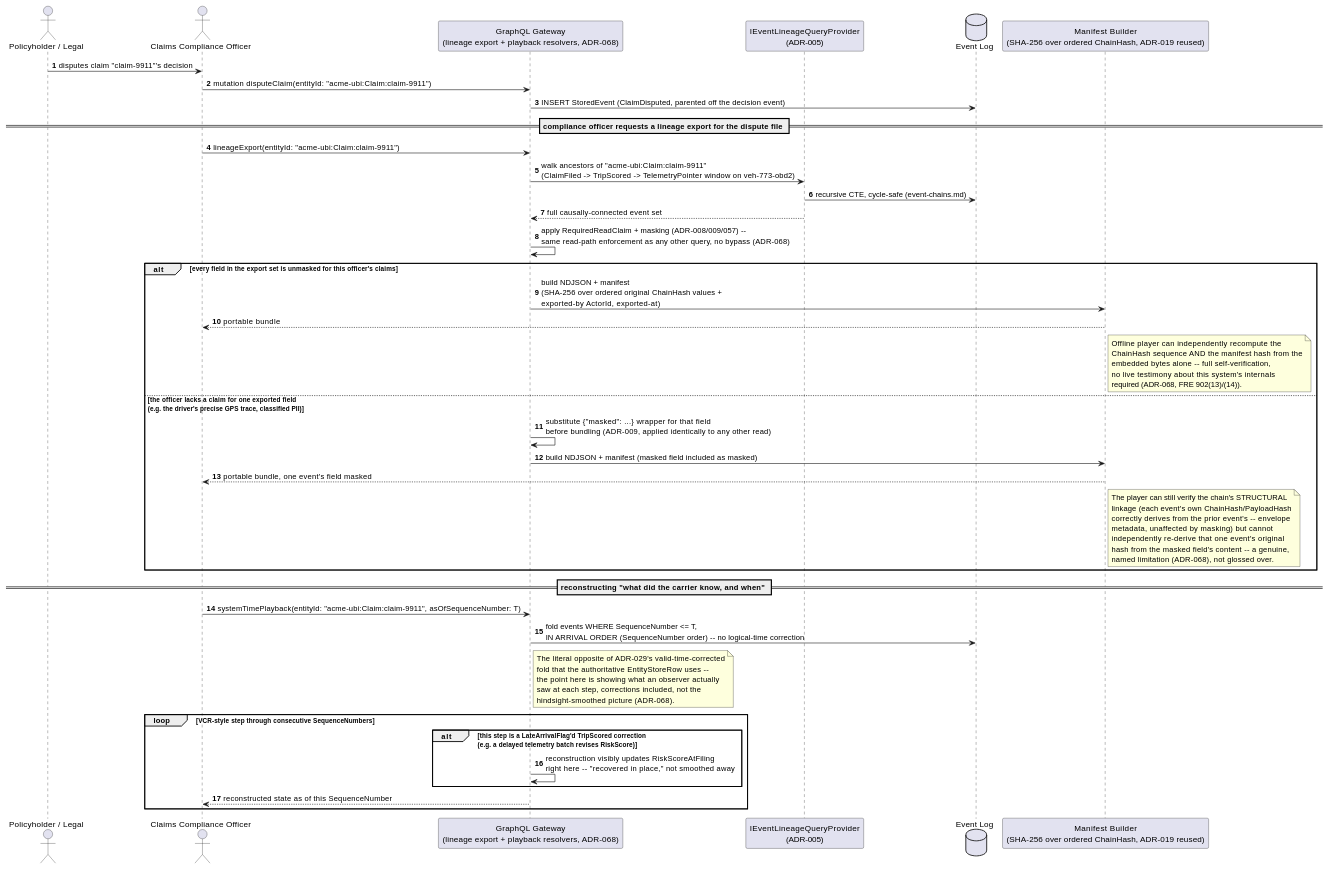
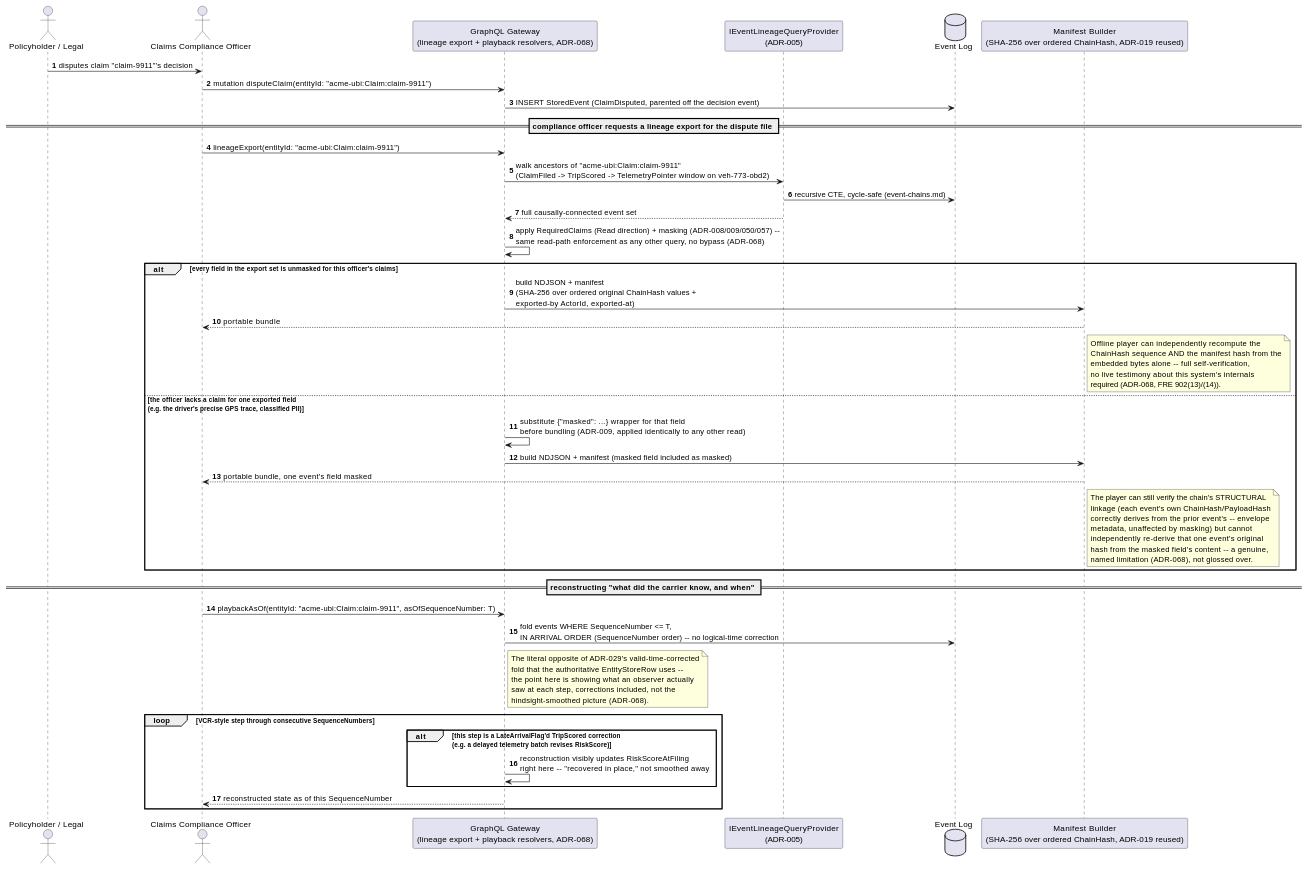
Before and after one commit to Mwwhited-BookLearning/EventSourcing: the second of 8 diagrams in docs/domains/insurance-telematics/features/usage-based-insurance-trip-scoring-and-claim.md, drawn with PlantUML. The commit also changed other lines of this file and 39 other files, not shown here.

````diff
--- a/docs/domains/insurance-telematics/features/usage-based-insurance-trip-scoring-and-claim.md
+++ b/docs/domains/insurance-telematics/features/usage-based-insurance-trip-scoring-and-claim.md
@@ -135,61 +135,61 @@
 ```plantuml
 @startuml UBI_Dispute_Export_Playback_Sequence
 autonumber
 actor "Policyholder / Legal" as legal
 actor "Claims Compliance Officer" as officer
 participant "GraphQL Gateway\n(lineage export + playback resolvers, ADR-068)" as gateway
 participant "IEventLineageQueryProvider\n(ADR-005)" as lineage
 database "Event Log" as eventLog
 participant "Manifest Builder\n(SHA-256 over ordered ChainHash, ADR-019 reused)" as manifest
 
 legal -> officer: disputes claim "claim-9911"'s decision
 officer -> gateway: mutation disputeClaim(entityId: "acme-ubi:Claim:claim-9911")
 gateway -> eventLog: INSERT StoredEvent (ClaimDisputed, parented off the decision event)
 == compliance officer requests a lineage export for the dispute file ==
 officer -> gateway: lineageExport(entityId: "acme-ubi:Claim:claim-9911")
 gateway -> lineage: walk ancestors of "acme-ubi:Claim:claim-9911"\n(ClaimFiled -> TripScored -> TelemetryPointer window on veh-773-obd2)
 lineage -> eventLog: recursive CTE, cycle-safe (event-chains.md)
 lineage --> gateway: full causally-connected event set
-gateway -> gateway: apply RequiredReadClaim + masking (ADR-008/009/057) --\nsame read-path enforcement as any other query, no bypass (ADR-068)
+gateway -> gateway: apply RequiredClaims (Read direction) + masking (ADR-008/009/050/057) --\nsame read-path enforcement as any other query, no bypass (ADR-068)
 alt every field in the export set is unmasked for this officer's claims
   gateway -> manifest: build NDJSON + manifest\n(SHA-256 over ordered original ChainHash values +\nexported-by ActorId, exported-at)
   manifest --> officer: portable bundle
   note right of manifest
     Offline player can independently recompute the
     ChainHash sequence AND the manifest hash from the
     embedded bytes alone -- full self-verification,
     no live testimony about this system's internals
     required (ADR-068, FRE 902(13)/(14)).
   end note
 else the officer lacks a claim for one exported field\n(e.g. the driver's precise GPS trace, classified PII)
   gateway -> gateway: substitute {"masked": ...} wrapper for that field\nbefore bundling (ADR-009, applied identically to any other read)
   gateway -> manifest: build NDJSON + manifest (masked field included as masked)
   manifest --> officer: portable bundle, one event's field masked
   note right of manifest
     The player can still verify the chain's STRUCTURAL
     linkage (each event's own ChainHash/PayloadHash
     correctly derives from the prior event's -- envelope
     metadata, unaffected by masking) but cannot
     independently re-derive that one event's original
     hash from the masked field's content -- a genuine,
     named limitation (ADR-068), not glossed over.
   end note
 end
 == reconstructing "what did the carrier know, and when" ==
-officer -> gateway: systemTimePlayback(entityId: "acme-ubi:Claim:claim-9911", asOfSequenceNumber: T)
+officer -> gateway: playbackAsOf(entityId: "acme-ubi:Claim:claim-9911", asOfSequenceNumber: T)
 gateway -> eventLog: fold events WHERE SequenceNumber <= T,\nIN ARRIVAL ORDER (SequenceNumber order) -- no logical-time correction
 note right of gateway
   The literal opposite of ADR-029's valid-time-corrected
   fold that the authoritative EntityStoreRow uses --
   the point here is showing what an observer actually
   saw at each step, corrections included, not the
   hindsight-smoothed picture (ADR-068).
 end note
 loop VCR-style step through consecutive SequenceNumbers
   alt this step is a LateArrivalFlag'd TripScored correction\n(e.g. a delayed telemetry batch revises RiskScore)
     gateway -> gateway: reconstruction visibly updates RiskScoreAtFiling\nright here -- "recovered in place," not smoothed away
   end
   gateway --> officer: reconstructed state as of this SequenceNumber
 end
 @enduml
 ```
````
